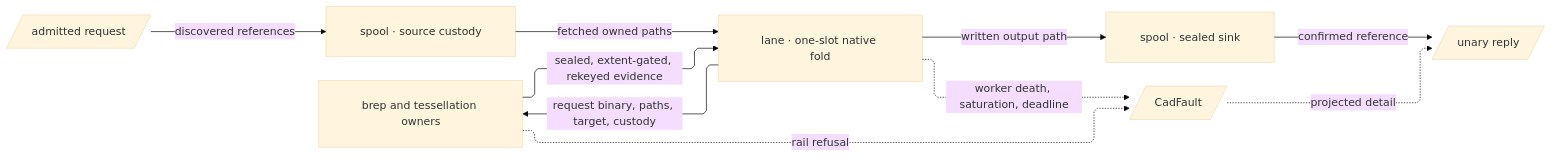
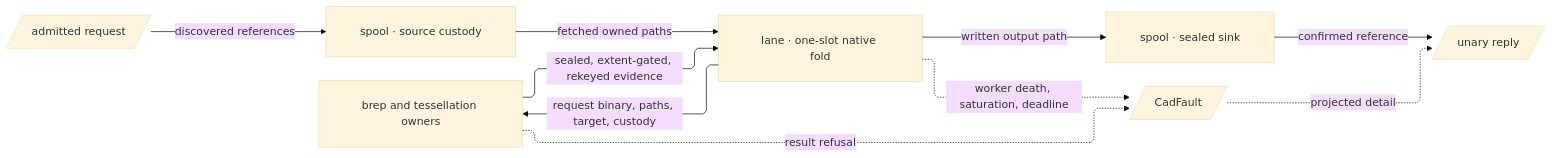
One commit to bsamiee/Rasm changed the third of 3 diagrams in libs/python/cad/ARCHITECTURE.md. Above: the diagram before and after it, drawn with Mermaid (base theme). The commit also changed other lines of this file and 1997 other files, not shown here.

First line of the commit message:
docs: rename rail to result and seam to boundary across the corpus

````diff
--- a/libs/python/cad/ARCHITECTURE.md
+++ b/libs/python/cad/ARCHITECTURE.md
@@ -136,21 +136,21 @@
 ```mermaid
 ---
 config:
   layout: elk
   flowchart:
     curve: linear
     padding: 25
 ---
 flowchart LR
     accTitle: cad provider call spine
     accDescr: One admitted request resolving its sources, folding once in the native lane, and publishing before the reply returns.
     Request[/admitted request/] e1@-->|"discovered references"| Spool[spool · source custody]
     Spool e2@-->|"fetched owned paths"| Lane[lane · one-slot native fold]
     Lane e3@-->|"request binary, paths, target, custody"| Kernel[brep and tessellation owners]
     Kernel e4@-->|"sealed, extent-gated, rekeyed evidence"| Lane
     Lane e5@-->|"written output path"| Sink[spool · sealed sink]
     Sink e6@-->|"confirmed reference"| Reply[/unary reply/]
-    Kernel f1@-.->|"rail refusal"| Fault[/CadFault/]
+    Kernel f1@-.->|"result refusal"| Fault[/CadFault/]
     Lane f2@-.->|"worker death, saturation, deadline"| Fault
     Fault f3@-.->|"projected detail"| Reply
 ```
````
